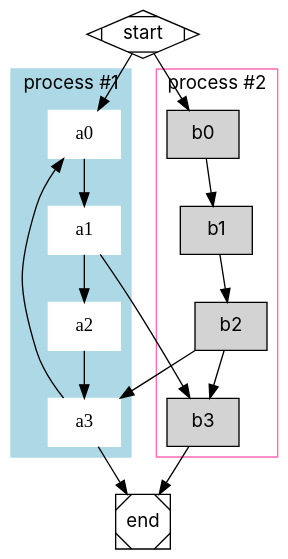
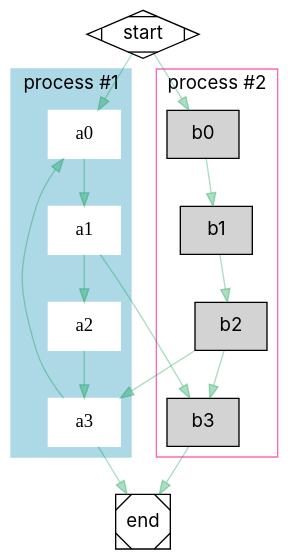
One commit to rsms/graphviz changed the diagram in docs/examples/clusters.dot. Above: the diagram before and after it, drawn with Graphviz.

```diff
--- a/docs/examples/clusters.dot
+++ b/docs/examples/clusters.dot
@@ -1,31 +1,32 @@
 digraph clusters {
-  graph [bgcolor=transparent]
+  fontname="Inter"
+  bgcolor=transparent
   node [shape=rect, fontname="Inter"]
-  fontname="Inter";
+  edge [color="#00994455"]
 
   subgraph cluster_0 {
     style = filled;
     color = lightblue;
     node [style=filled,color=white,fontname=Georgia];
     a0 -> a1 -> a2 -> a3;
     label = "process #1";
   }
 
   subgraph cluster_1 {
     node [style=filled];
     b0 -> b1 -> b2 -> b3;
     label = "process #2";
     color = hotpink
   }
 
   start -> a0;
   start -> b0;
   a1 -> b3;
   b2 -> a3;
   a3 -> a0;
   a3 -> end;
   b3 -> end;
 
   start [shape=Mdiamond];
   end [shape=Msquare];
 }
```
